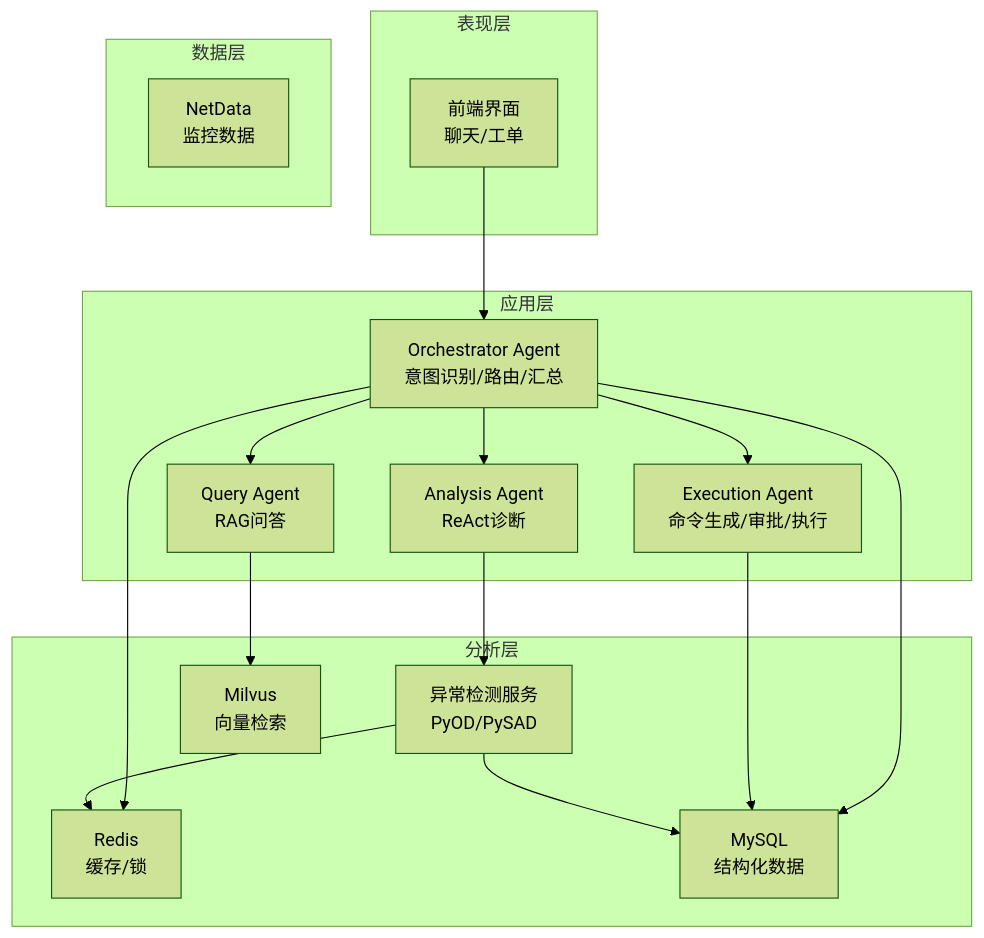
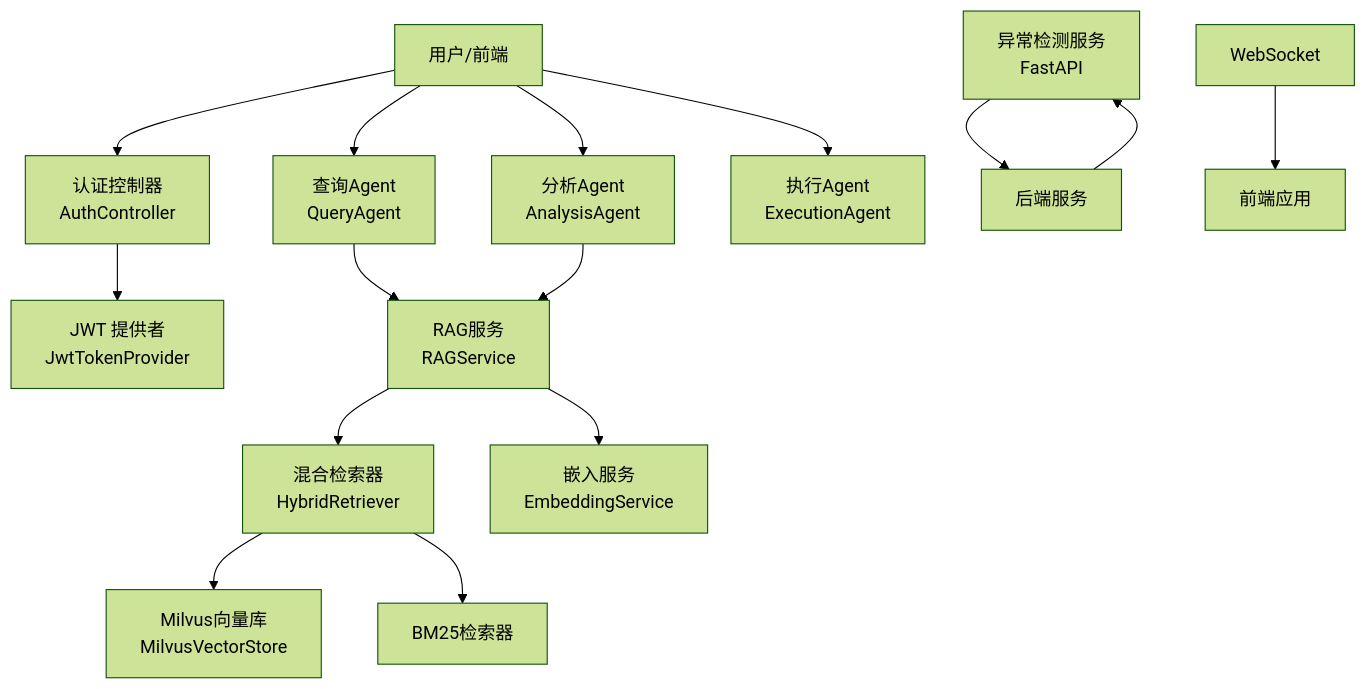
One commit to lyyzzz6/AIops changed the second of 7 diagrams in .qoder/repowiki/zh/content/系统架构设计/系统架构设计.md. Above: the diagram before and after it, drawn with Mermaid (forest theme). The commit also changed other lines of this file and 371 other files, not shown here.

````diff
--- a/.qoder/repowiki/zh/content/系统架构设计/系统架构设计.md
+++ b/.qoder/repowiki/zh/content/系统架构设计/系统架构设计.md
@@ -91,32 +102,17 @@
 ```mermaid
 graph TB
-subgraph "表现层"
-UI["前端界面<br/>聊天/工单"]
-end
-subgraph "应用层"
-OA["Orchestrator Agent<br/>意图识别/路由/汇总"]
-QA["Query Agent<br/>RAG问答"]
-AA["Analysis Agent<br/>ReAct诊断"]
-EA["Execution Agent<br/>命令生成/审批/执行"]
-end
-subgraph "分析层"
-DET["异常检测服务<br/>PyOD/PySAD"]
-MILVUS["Milvus<br/>向量检索"]
-CACHE["Redis<br/>缓存/锁"]
-DB["MySQL<br/>结构化数据"]
-end
-subgraph "数据层"
-ND["NetData<br/>监控数据"]
-end
-UI --> OA
-OA --> QA
-OA --> AA
-OA --> EA
-AA --> DET
-QA --> MILVUS
-OA --> DB
-EA --> DB
-DET --> DB
-OA --> CACHE
-DET --> CACHE
+U["用户/前端"] --> C["认证控制器<br/>AuthController"]
+C --> T["JWT 提供者<br/>JwtTokenProvider"]
+U --> Q["查询Agent<br/>QueryAgent"]
+U --> A["分析Agent<br/>AnalysisAgent"]
+U --> E["执行Agent<br/>ExecutionAgent"]
+Q --> RS["RAG服务<br/>RAGService"]
+A --> RS
+RS --> HR["混合检索器<br/>HybridRetriever"]
+HR --> MV["Milvus向量库<br/>MilvusVectorStore"]
+HR --> BM["BM25检索器"]
+RS --> ES["嵌入服务<br/>EmbeddingService"]
+DET["异常检测服务<br/>FastAPI"] --> BE["后端服务"]
+BE --> DET
+WS["WebSocket"] --> FE["前端应用"]
 ```
````
